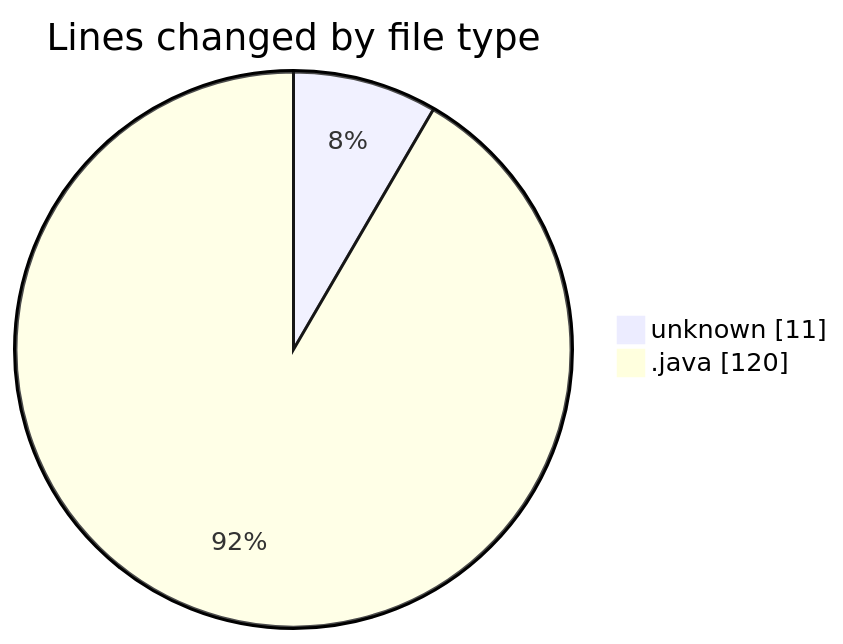
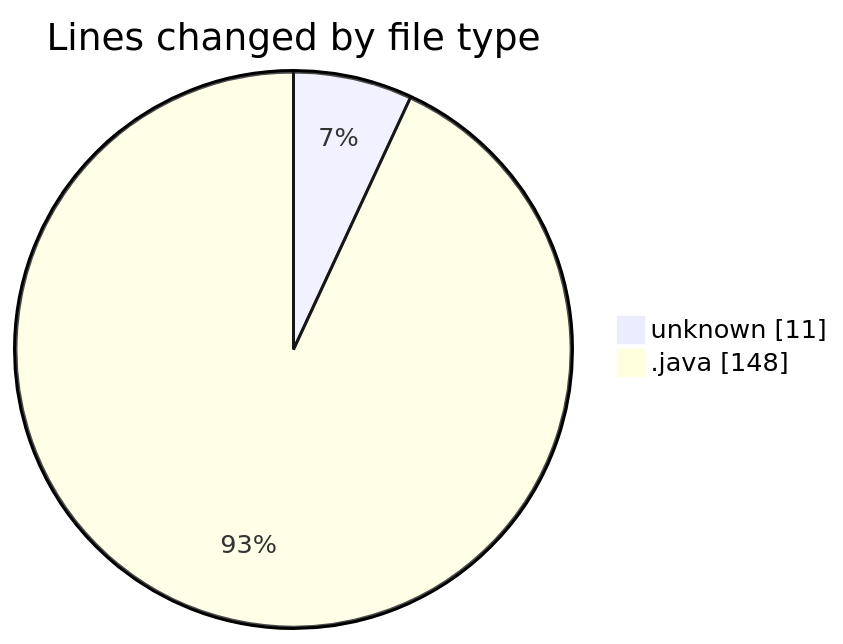
The first of 2 diagrams in 2026-04-12/chatserver/README.md (hasnaa123/code-tracking), drawn with Mermaid before and after one commit. The commit also changed other lines of this file and 1 other file, not shown here.

````diff
--- a/2026-04-12/chatserver/README.md
+++ b/2026-04-12/chatserver/README.md
@@ -23,6 +24,6 @@
 ```mermaid
 pie showData
 title Lines changed by file type
 "unknown" : 11
-".java" : 120
+".java" : 148
 ```
````
